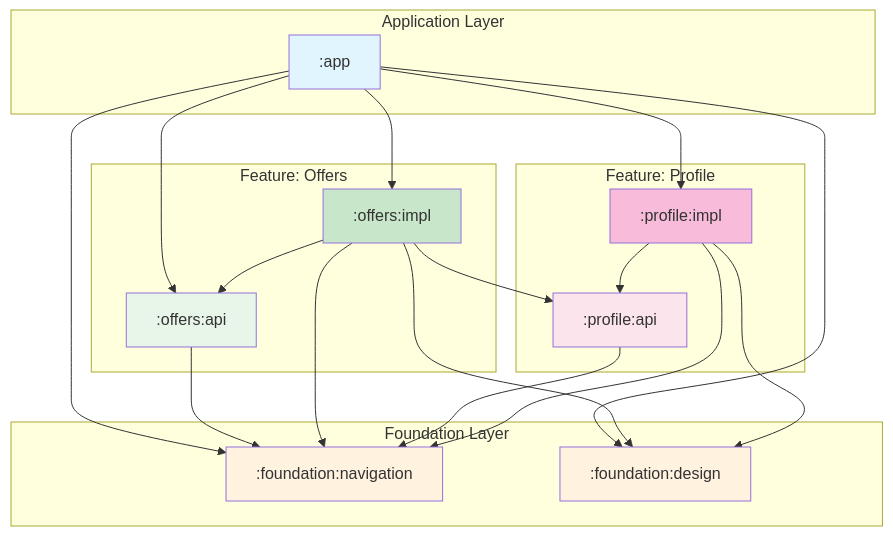
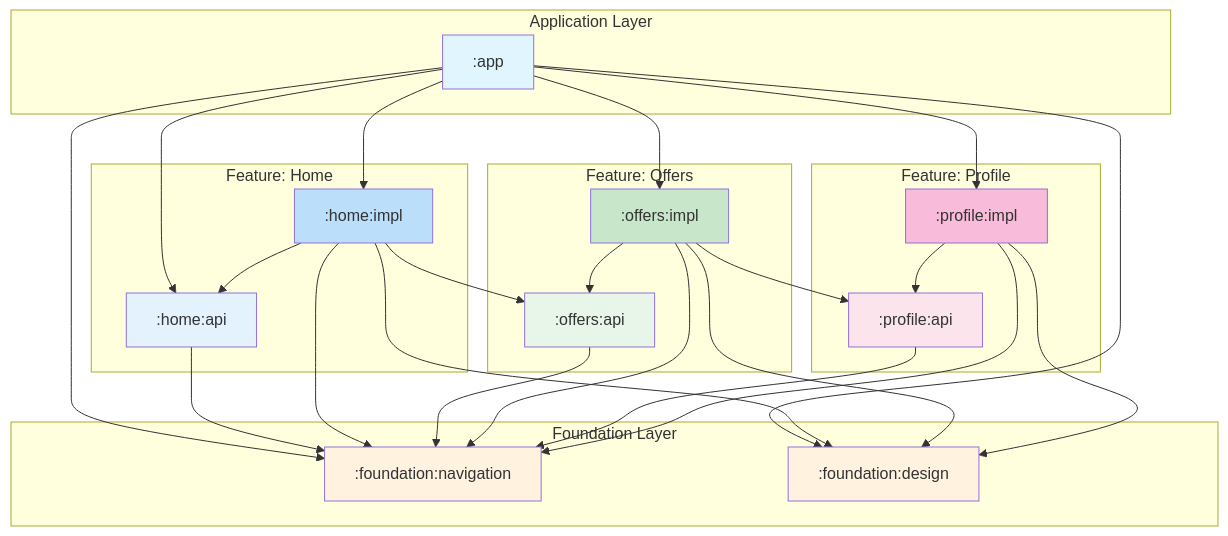
Before and after one commit to trikhatarun/Nav3-Showcase: the diagram in README.md, drawn with Mermaid. The commit also changed other lines of this file and 15 other files, not shown here.

````diff
--- a/README.md
+++ b/README.md
@@ -30,46 +33,60 @@
 ```mermaid
 graph TD
     subgraph "Application Layer"
         APP[":app"]
     end
 
     subgraph "Foundation Layer"
         NAV[":foundation:navigation"]
         DESIGN[":foundation:design"]
+    end
+
+    subgraph "Feature: Home"
+        HOME_API[":home:api"]
+        HOME_IMPL[":home:impl"]
     end
 
     subgraph "Feature: Offers"
         OFFERS_API[":offers:api"]
         OFFERS_IMPL[":offers:impl"]
     end
 
     subgraph "Feature: Profile"
         PROFILE_API[":profile:api"]
         PROFILE_IMPL[":profile:impl"]
     end
 
     APP --> NAV
     APP --> DESIGN
-    APP --> OFFERS_API
+    APP --> HOME_API
+    APP --> HOME_IMPL
     APP --> OFFERS_IMPL
     APP --> PROFILE_IMPL
+
+    HOME_API --> NAV
+    HOME_IMPL --> HOME_API
+    HOME_IMPL --> NAV
+    HOME_IMPL --> DESIGN
+    HOME_IMPL --> OFFERS_API
 
     OFFERS_API --> NAV
     OFFERS_IMPL --> OFFERS_API
     OFFERS_IMPL --> NAV
     OFFERS_IMPL --> DESIGN
     OFFERS_IMPL --> PROFILE_API
 
     PROFILE_API --> NAV
     PROFILE_IMPL --> PROFILE_API
     PROFILE_IMPL --> NAV
     PROFILE_IMPL --> DESIGN
 
     style APP fill:#e1f5fe
     style NAV fill:#fff3e0
     style DESIGN fill:#fff3e0
+    style HOME_API fill:#e3f2fd
+    style HOME_IMPL fill:#bbdefb
     style OFFERS_API fill:#e8f5e9
     style OFFERS_IMPL fill:#c8e6c9
     style PROFILE_API fill:#fce4ec
     style PROFILE_IMPL fill:#f8bbd9
 ```
````
